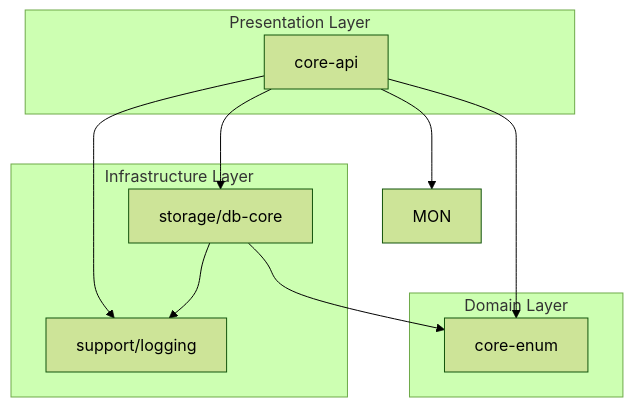
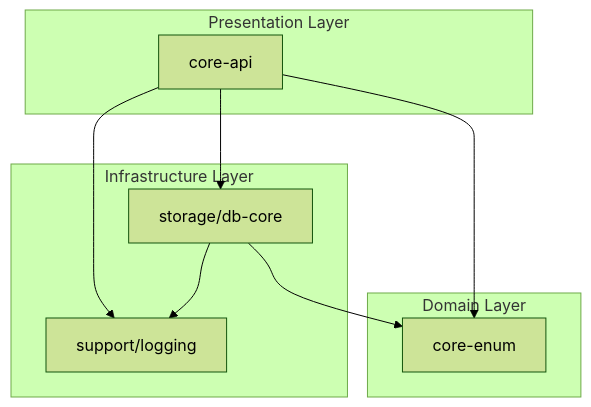
One commit to IMDongH/IMDONGHYEOK_backend changed the diagram in docs/ARCHITECTURE.md. Above: the diagram before and after it, drawn with Mermaid (forest theme).

Commit message:
chore(docs): 오타 수정

````diff
--- a/docs/ARCHITECTURE.md
+++ b/docs/ARCHITECTURE.md
@@ -10,24 +10,23 @@
 ```mermaid
 graph TD
     subgraph Presentation Layer
         API[core-api]
     end
 
     subgraph Domain Layer
         ENUM[core-enum]
     end
 
     subgraph Infrastructure Layer
         DB[storage/db-core]
         LOG[support/logging]
     end
 
     %% Dependencies
     API --> DB
     API --> ENUM
     API --> LOG
-    API --> MON
 
     DB --> ENUM
     DB --> LOG
 ```
````
